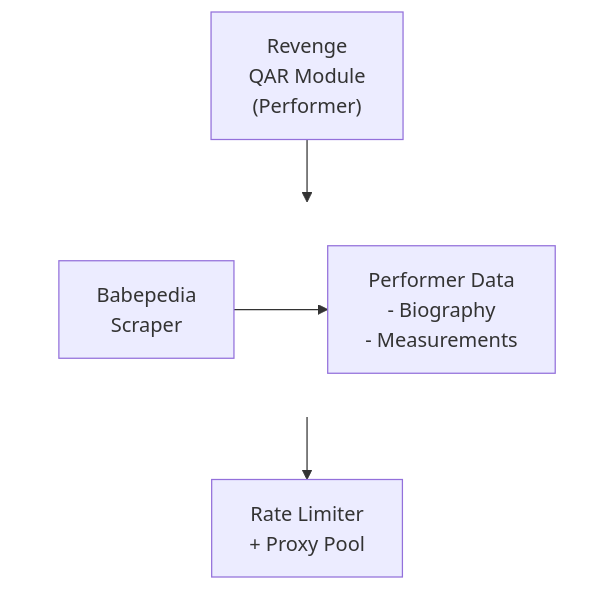
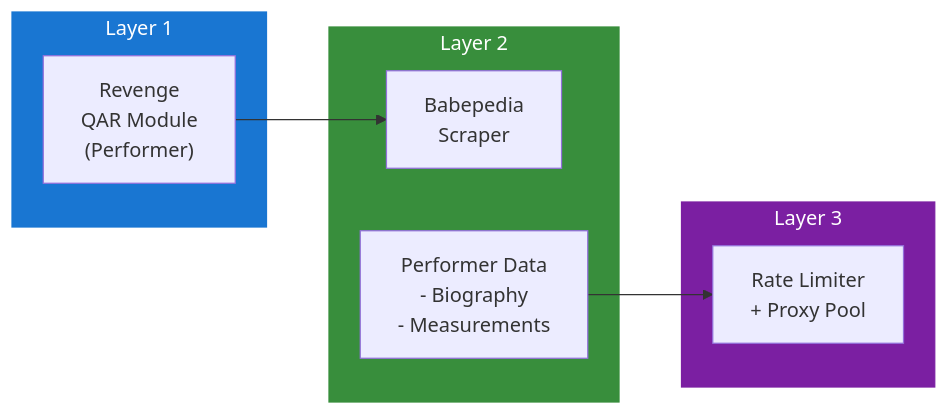
One commit to lusoris/revenge changed the diagram in docs/dev/design/integrations/wiki/adult/BABEPEDIA.md. Above: the diagram before and after it, drawn with Mermaid. The commit also changed 215 other files, not shown here.

First line of the commit message:
feat(diagrams): convert all ASCII diagrams to Mermaid with LR subgraphs

````diff
--- a/docs/dev/design/integrations/wiki/adult/BABEPEDIA.md
+++ b/docs/dev/design/integrations/wiki/adult/BABEPEDIA.md
@@ -57,16 +57,24 @@
 ```mermaid
-flowchart TD
-    node1["Revenge<br/>QAR Module<br/>(Performer)"]
-    subgraph row1[ ]
-        direction LR
+flowchart LR
+    subgraph Layer1["Layer 1"]
+        node1["Revenge<br/>QAR Module<br/>(Performer)"]
+    end
+
+    subgraph Layer2["Layer 2"]
         node2["Babepedia<br/>Scraper"]
         node3["Performer Data<br/>- Biography<br/>- Measurements"]
     end
-    node4["Rate Limiter<br/>+ Proxy Pool"]
-    node2 --> node3
+
+    subgraph Layer3["Layer 3"]
+        node4["Rate Limiter<br/>+ Proxy Pool"]
+    end
+
+    %% Connections
     node1 --> node2
     node3 --> node4
 
-    %% Hide row subgraph borders
-    style row1 fill:transparent,stroke:transparent
+    %% Styling
+    style Layer1 fill:#1976D2,stroke:#1976D2,color:#fff
+    style Layer2 fill:#388E3C,stroke:#388E3C,color:#fff
+    style Layer3 fill:#7B1FA2,stroke:#7B1FA2,color:#fff
 ```
````
